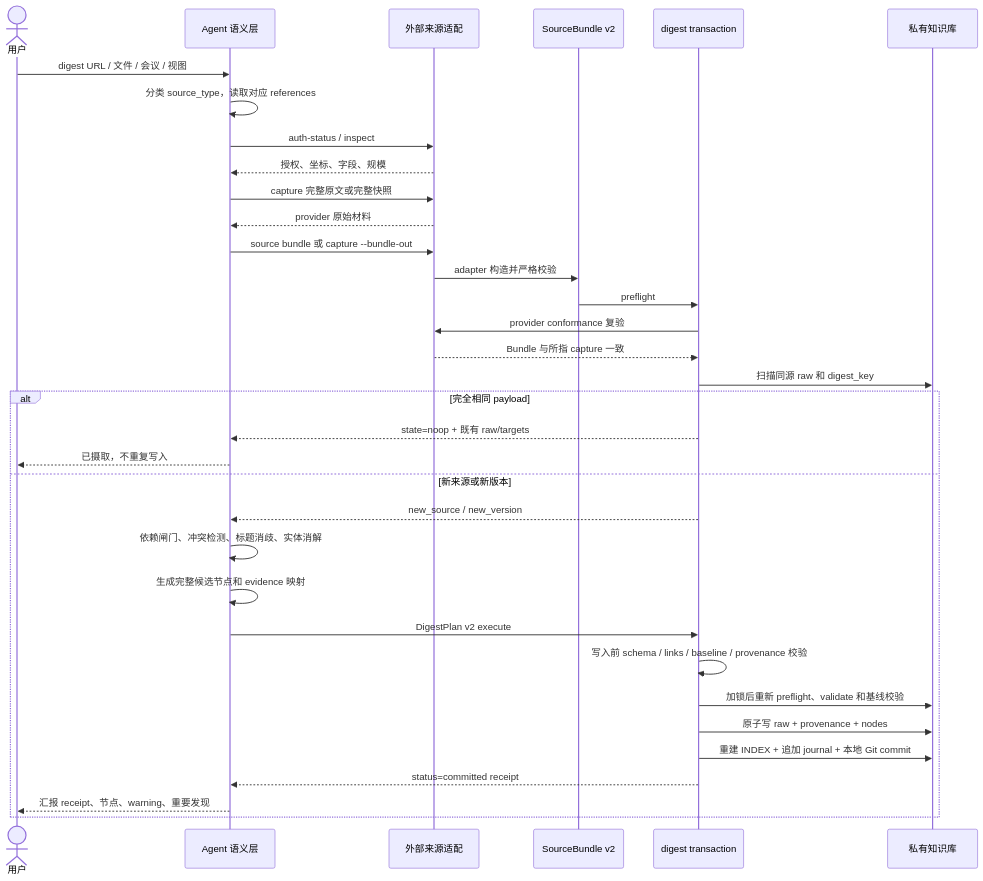
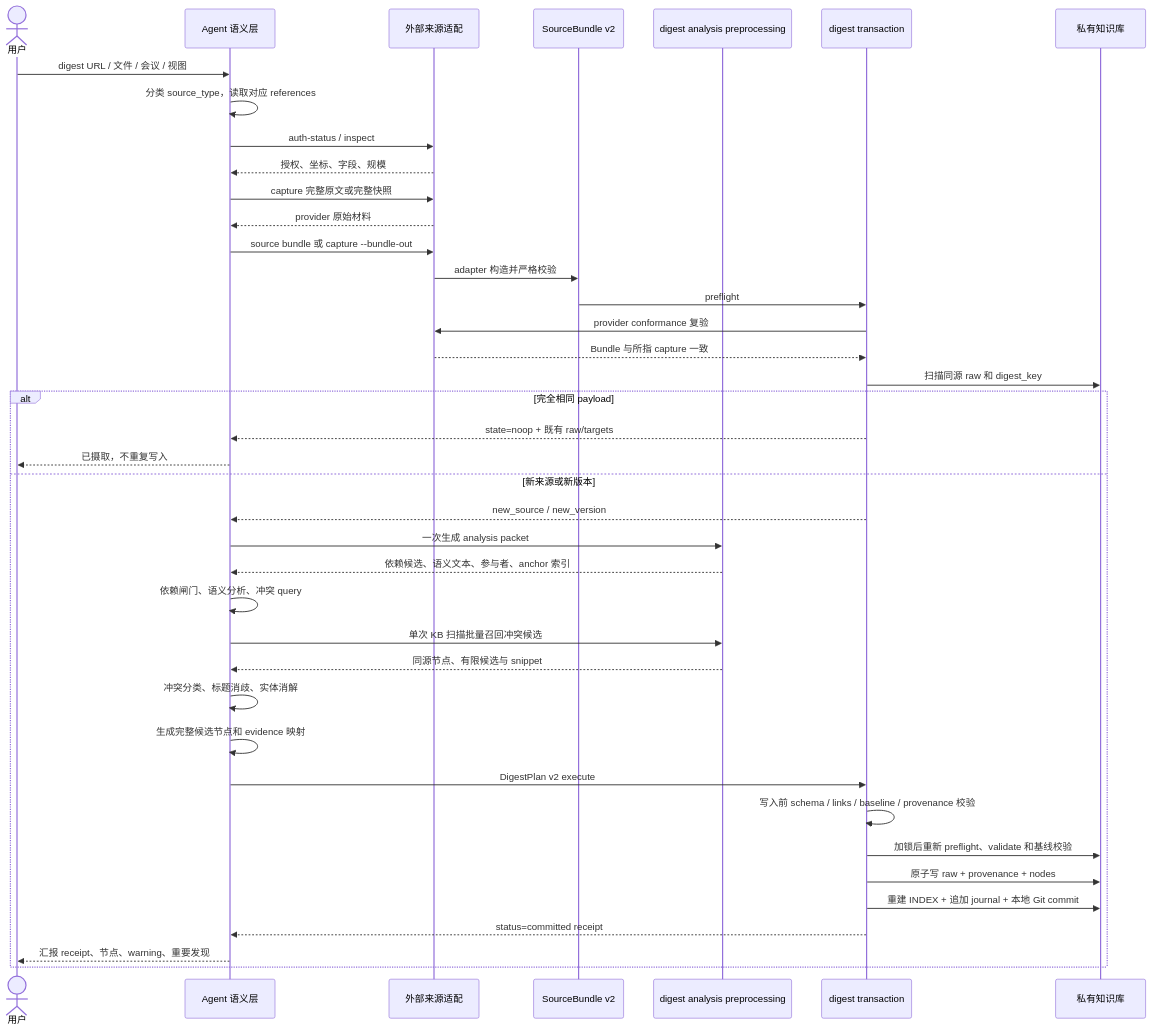
The fifth of 19 diagrams in docs/development/ARCHITECTURE.md (ranjiao/byteworker), drawn with Mermaid before and after one commit. The commit also changed other lines of this file and 20 other files, not shown here.

````diff
--- a/docs/development/ARCHITECTURE.md
+++ b/docs/development/ARCHITECTURE.md
@@ -179,38 +179,44 @@
 ```mermaid
 sequenceDiagram
     actor User as 用户
     participant Agent as Agent 语义层
     participant Source as 外部来源适配
     participant Bundle as SourceBundle v2
+    participant Prep as digest analysis preprocessing
     participant Txn as digest transaction
     participant KB as 私有知识库
 
     User->>Agent: digest URL / 文件 / 会议 / 视图
     Agent->>Agent: 分类 source_type，读取对应 references
     Agent->>Source: auth-status / inspect
     Source-->>Agent: 授权、坐标、字段、规模
     Agent->>Source: capture 完整原文或完整快照
     Source-->>Agent: provider 原始材料
     Agent->>Source: source bundle 或 capture --bundle-out
     Source->>Bundle: adapter 构造并严格校验
     Bundle->>Txn: preflight
     Txn->>Source: provider conformance 复验
     Source-->>Txn: Bundle 与所指 capture 一致
     Txn->>KB: 扫描同源 raw 和 digest_key
 
     alt 完全相同 payload
         Txn-->>Agent: state=noop + 既有 raw/targets
         Agent-->>User: 已摄取，不重复写入
     else 新来源或新版本
         Txn-->>Agent: new_source / new_version
-        Agent->>Agent: 依赖闸门、冲突检测、标题消歧、实体消解
+        Agent->>Prep: 一次生成 analysis packet
+        Prep-->>Agent: 依赖候选、语义文本、参与者、anchor 索引
+        Agent->>Agent: 依赖闸门、语义分析、冲突 query
+        Agent->>Prep: 单次 KB 扫描批量召回冲突候选
+        Prep-->>Agent: 同源节点、有限候选与 snippet
+        Agent->>Agent: 冲突分类、标题消歧、实体消解
         Agent->>Agent: 生成完整候选节点和 evidence 映射
         Agent->>Txn: DigestPlan v2 execute
         Txn->>Txn: 写入前 schema / links / baseline / provenance 校验
         Txn->>KB: 加锁后重新 preflight、validate 和基线校验
         Txn->>KB: 原子写 raw + provenance + nodes
         Txn->>KB: 重建 INDEX + 追加 journal + 本地 Git commit
         Txn-->>Agent: status=committed receipt
         Agent-->>User: 汇报 receipt、节点、warning、重要发现
     end
 ```
````
